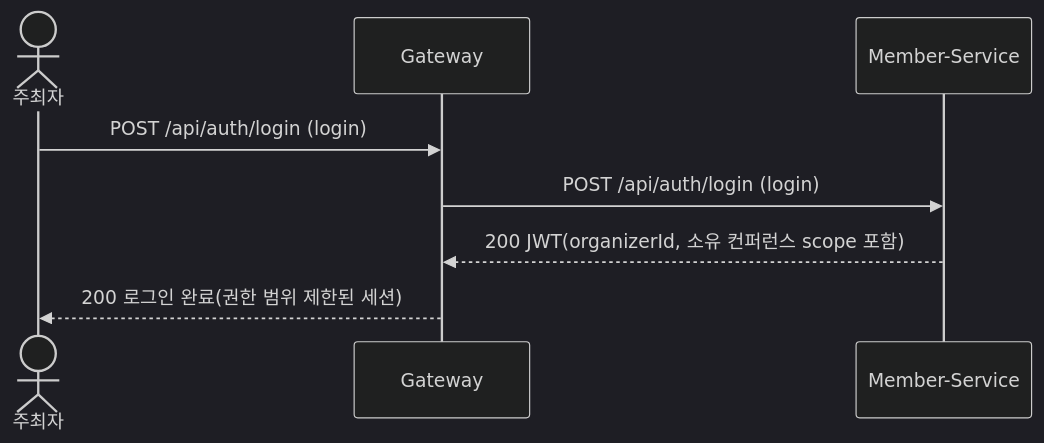
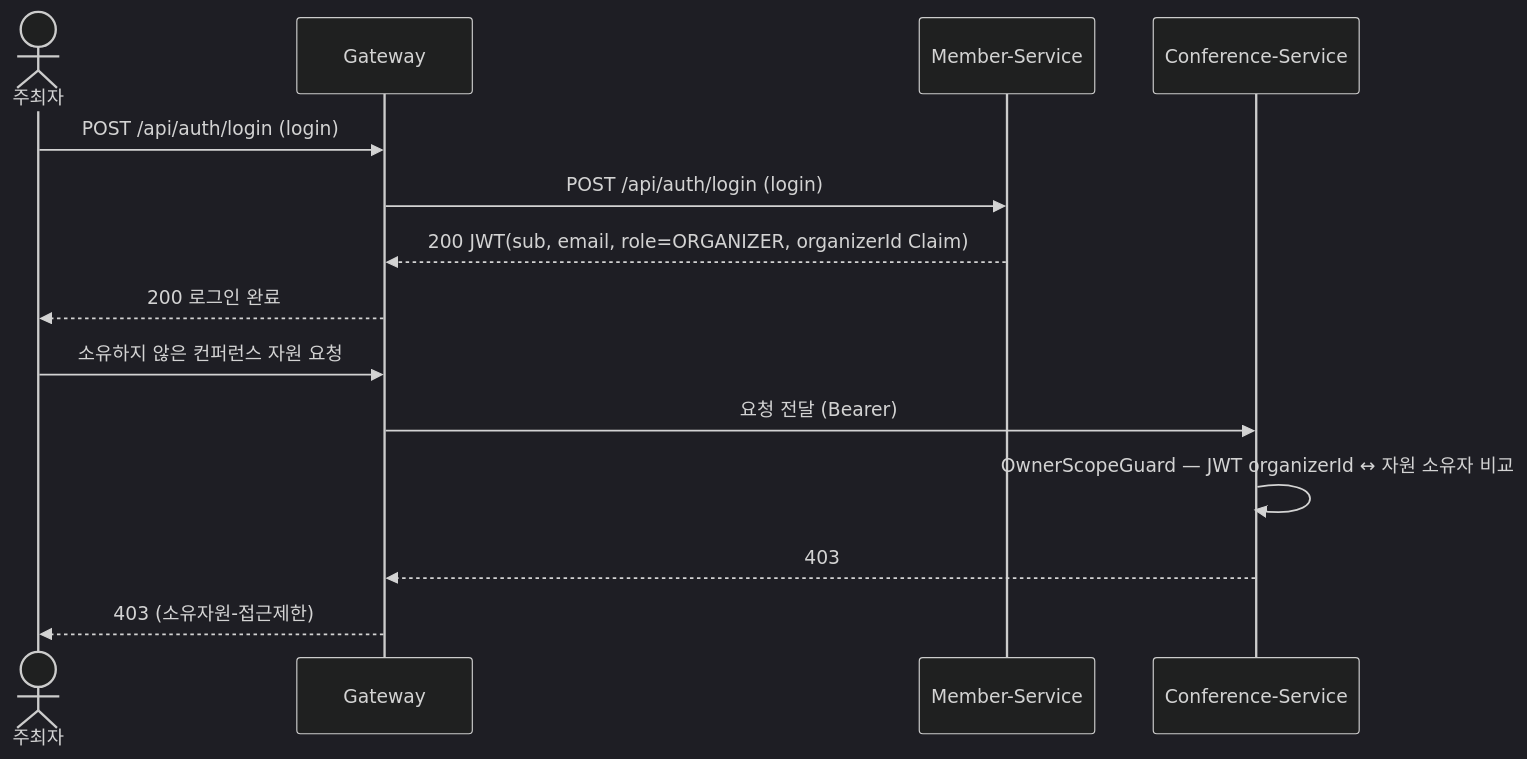
Before and after one commit to likelion-backend-24th/Final-Project-Team3: the sixth of 17 diagrams in docs/시퀀스.md, drawn with Mermaid (dark theme). The commit also changed other lines of this file and 12 other files, not shown here.

````diff
--- a/docs/시퀀스.md
+++ b/docs/시퀀스.md
@@ -119,10 +119,16 @@
 ```mermaid
 sequenceDiagram
     actor O as 주최자
     participant G as Gateway
     participant MS as Member-Service
+    participant CS as Conference-Service
     O->>G: POST /api/auth/login (login)
     G->>MS: POST /api/auth/login (login)
-    MS-->>G: 200 JWT(organizerId, 소유 컨퍼런스 scope 포함)
-    G-->>O: 200 로그인 완료(권한 범위 제한된 세션)
+    MS-->>G: 200 JWT(sub, email, role=ORGANIZER, organizerId Claim)
+    G-->>O: 200 로그인 완료
+    O->>G: 소유하지 않은 컨퍼런스 자원 요청
+    G->>CS: 요청 전달 (Bearer)
+    CS->>CS: OwnerScopeGuard — JWT organizerId ↔ 자원 소유자 비교
+    CS-->>G: 403
+    G-->>O: 403 (소유자원-접근제한)
 ```
````
